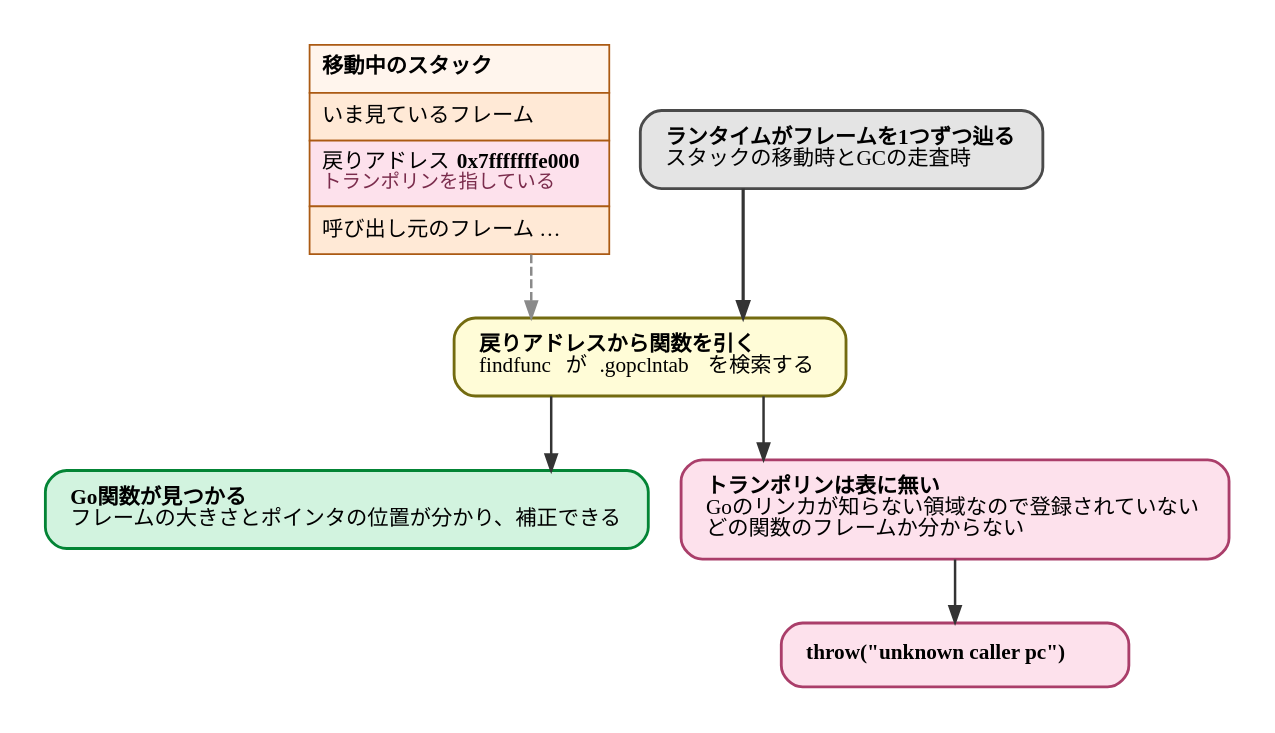
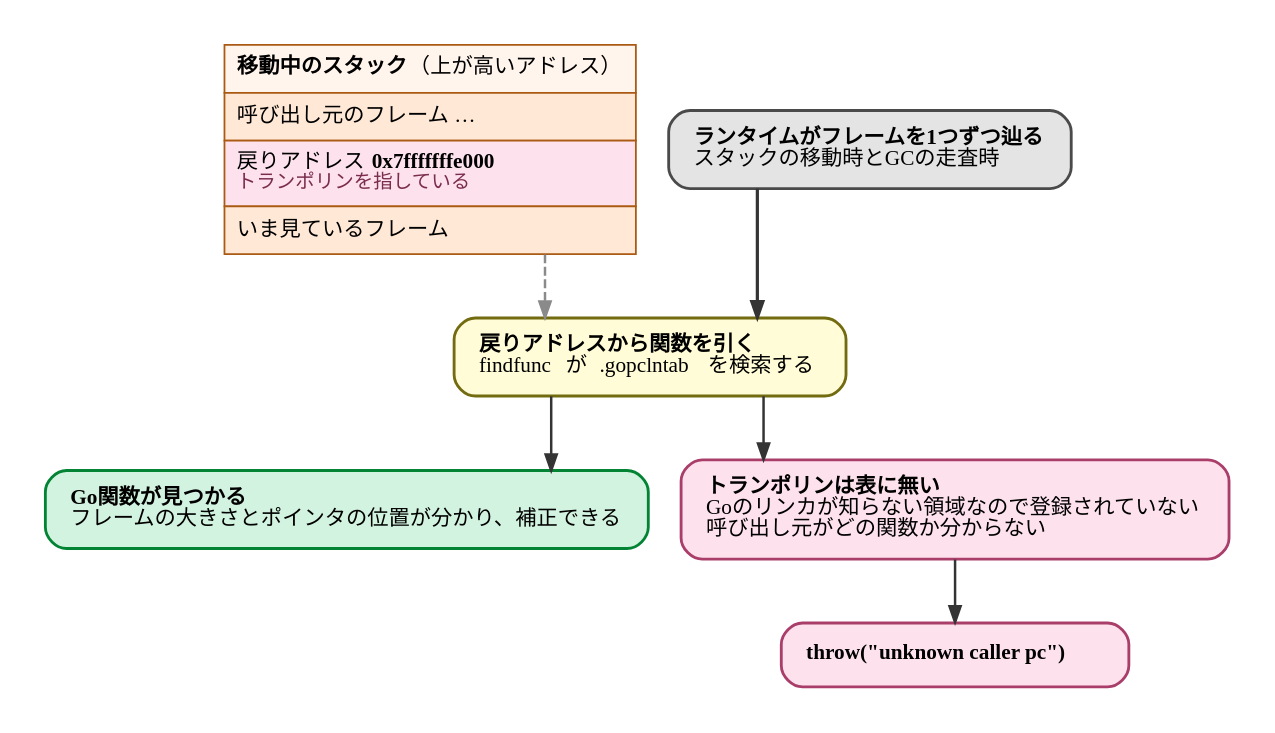
The diagram in diagrams/go-ebpf-primer/20260911-unwind-failure.dot (ymotongpoo/zenn.dev), drawn with Graphviz before and after one commit. The commit also changed 20 other files, not shown here.

```diff
--- a/diagrams/go-ebpf-primer/20260911-unwind-failure.dot
+++ b/diagrams/go-ebpf-primer/20260911-unwind-failure.dot
@@ -1,49 +1,49 @@
 // 戻りアドレスから関数を引けないと、スタックを辿れない
 digraph unwind_failure {
   graph [
     rankdir=TB, splines=ortho,
     fontname="IBM Plex Sans JP", fontsize=13,
     bgcolor="white", pad=0.25
   ];
   node [
     fontname="IBM Plex Sans JP", fontsize=12,
     shape=box, style="rounded,filled",
     fillcolor="#F1F1F1", color="#4A4A4A", penwidth=1.6,
     margin="0.2,0.14"
   ];
   edge [
     fontname="IBM Plex Sans JP", fontsize=11,
     color="#343434", penwidth=1.4, arrowsize=0.9,
     fontcolor="#171717"
   ];
 
   stack [shape=plain, style="", label=<
     <table border="0" cellborder="1" cellspacing="0" cellpadding="6" color="#AB5A13">
-      <tr><td align="left" bgcolor="#FFF5ED"><b>移動中のスタック</b></td></tr>
+      <tr><td align="left" bgcolor="#FFF5ED"><b>移動中のスタック</b>（上が高いアドレス）</td></tr>
+      <tr><td align="left" bgcolor="#FFE9D6">呼び出し元のフレーム …</td></tr>
+      <tr><td align="left" bgcolor="#FDE1EC" port="ra">戻りアドレス <font face="JetBrains Mono"><b>0x7fffffffe000</b></font><br align="left"/><font color="#7A2C4C" point-size="11">トランポリンを指している</font><br align="left"/></td></tr>
       <tr><td align="left" bgcolor="#FFE9D6">いま見ているフレーム</td></tr>
-      <tr><td align="left" bgcolor="#FDE1EC" port="ra">戻りアドレス <font face="JetBrains Mono"><b>0x7fffffffe000</b></font><br align="left"/><font color="#7A2C4C" point-size="11">トランポリンを指している</font><br align="left"/></td></tr>
-      <tr><td align="left" bgcolor="#FFE9D6">呼び出し元のフレーム …</td></tr>
     </table>>];
 
   walk [label=<<b>ランタイムがフレームを1つずつ辿る</b><br align="left"/>スタックの移動時とGCの走査時<br align="left"/>>,
         fillcolor="#E4E4E4"];
 
   lookup [label=<<b>戻りアドレスから関数を引く</b><br align="left"/><font face="JetBrains Mono">findfunc</font> が <font face="JetBrains Mono">.gopclntab</font> を検索する<br align="left"/>>,
           fillcolor="#FFFCD7", color="#736B10"];
 
   ok [label=<<b>Go関数が見つかる</b><br align="left"/>フレームの大きさとポインタの位置が分かり、補正できる<br align="left"/>>,
       fillcolor="#D2F3DF", color="#038435"];
-  ng [label=<<b>トランポリンは表に無い</b><br align="left"/>Goのリンカが知らない領域なので登録されていない<br align="left"/>どの関数のフレームか分からない<br align="left"/>>,
+  ng [label=<<b>トランポリンは表に無い</b><br align="left"/>Goのリンカが知らない領域なので登録されていない<br align="left"/>呼び出し元がどの関数か分からない<br align="left"/>>,
       fillcolor="#FDE1EC", color="#AA3E6A"];
 
   crash [label=<<font face="JetBrains Mono"><b>throw("unknown caller pc")</b></font>>, fillcolor="#FDE1EC", color="#AA3E6A"];
 
   walk -> lookup [penwidth=1.8];
   stack -> lookup [style=dashed, color="#8A8A8A"];
   lookup -> ok;
   lookup -> ng;
   ng -> crash;
 
   { rank=same; walk; stack; }
   { rank=same; ok; ng; }
 }
```
